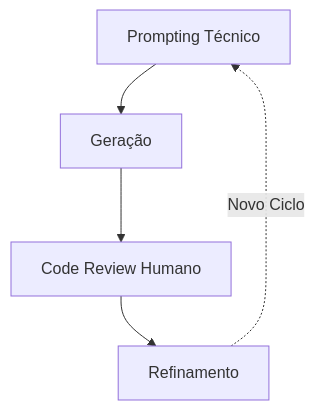
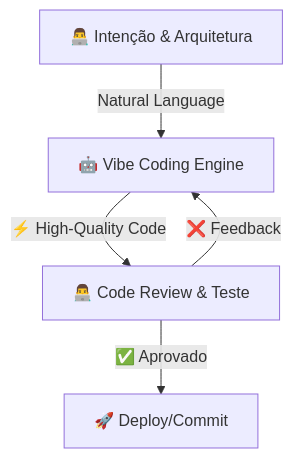
One commit to AugustoCamilo/UFG_NLP_rag_chatbot changed the third of 3 diagrams in rag_chatbot/README.md. Above: the diagram before and after it, drawn with Mermaid. The commit also changed other lines of this file and 1 other file, not shown here.

````diff
--- a/rag_chatbot/README.md
+++ b/rag_chatbot/README.md
@@ -305,7 +317,7 @@
 ```mermaid
 graph TD
-    A[Prompting Técnico] --> B[Geração]
-    B --> C[Code Review Humano]
-    C --> D[Refinamento]
-    D -.->|Novo Ciclo| A
+    A[👨‍💻 Intenção & Arquitetura] -->|Natural Language| B[🤖 Vibe Coding Engine]
+    B -->|⚡ High-Quality Code| C[👨‍💻 Code Review & Teste]
+    C -->|❌ Feedback| B
+    C -->|✅ Aprovado| D[🚀 Deploy/Commit]
 ```
````
